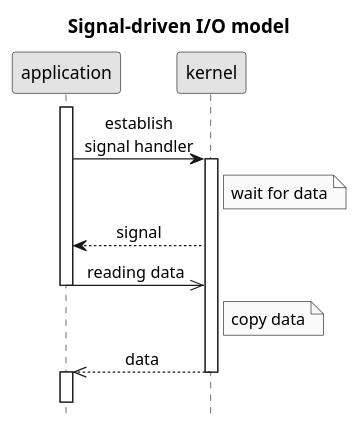
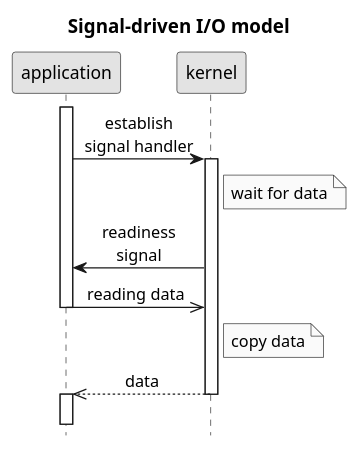
Before and after one commit to c0p4c4b4n4/demo-sockets-io-nio-nio2: the diagram in .images/signal-driven IO model.puml, drawn with PlantUML. The commit also changed 1 other file, not shown here.

```diff
--- a/.images/signal-driven IO model.puml
+++ b/.images/signal-driven IO model.puml
@@ -1,20 +1,20 @@
 @startuml
 title Signal-driven I/O model
 hide footbox
 skinparam monochrome true
 skinparam defaultFontName Microsoft Sans Serif
 skinparam titleFontSize 15
 skinparam sequenceMessageAlign center
 activate application
 application->kernel: establish\nsignal handler
 activate kernel
 Note right of kernel: wait for data
-kernel-->application: signal
+kernel->application: readiness\nsignal
 application->>kernel: reading data
 deactivate application
 Note right of kernel: copy data
 kernel-->>application: data
 deactivate kernel
 activate application
 ||15||
 @enduml
```
